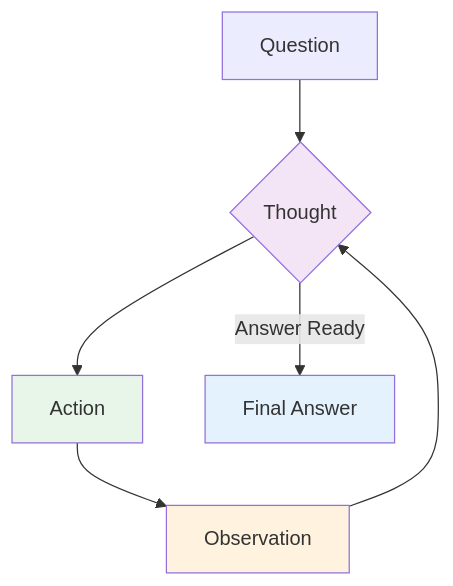
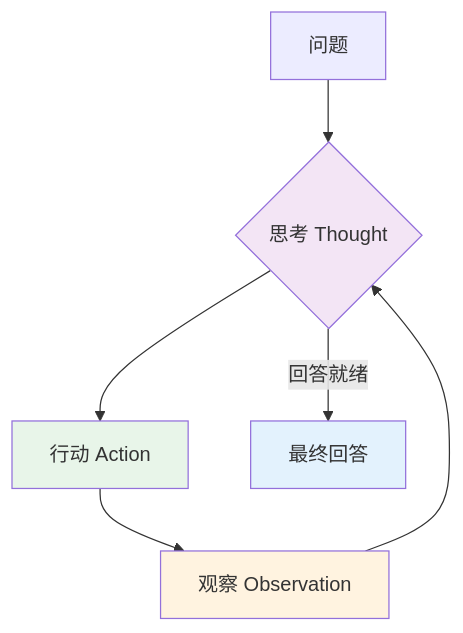
One commit to YiWang24/AiDIY changed diagram 17 of 20 in i18n/zh-Hans/docusaurus-plugin-content-docs/current/ai/agents/design-patterns.mdx. Above: the diagram before and after it, drawn with Mermaid. The commit also changed other lines of this file and 59 other files, not shown here.

````diff
--- a/i18n/zh-Hans/docusaurus-plugin-content-docs/current/ai/agents/design-patterns.mdx
+++ b/i18n/zh-Hans/docusaurus-plugin-content-docs/current/ai/agents/design-patterns.mdx
@@ -964,13 +959,13 @@
 ```mermaid
 flowchart TB
-    Q[Question] --> T{Thought}
-    T --> A[Action]
-    A --> O[Observation]
+    Q[问题] --> T{思考 Thought}
+    T --> A[行动 Action]
+    A --> O[观察 Observation]
     O --> T
-    T -->|Answer Ready| F[Final Answer]
+    T -->|回答就绪| F[最终回答]
 
     style T fill:#f3e5f5
     style A fill:#e8f5e9
     style O fill:#fff3e0
     style F fill:#e3f2fd
 ```
````
